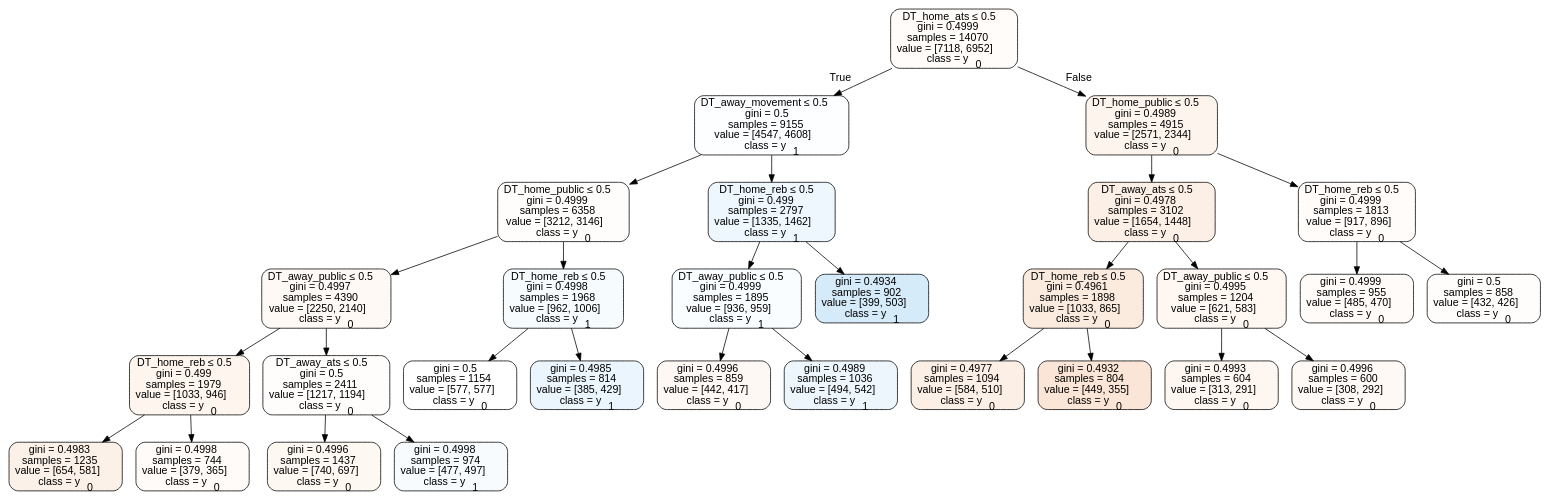
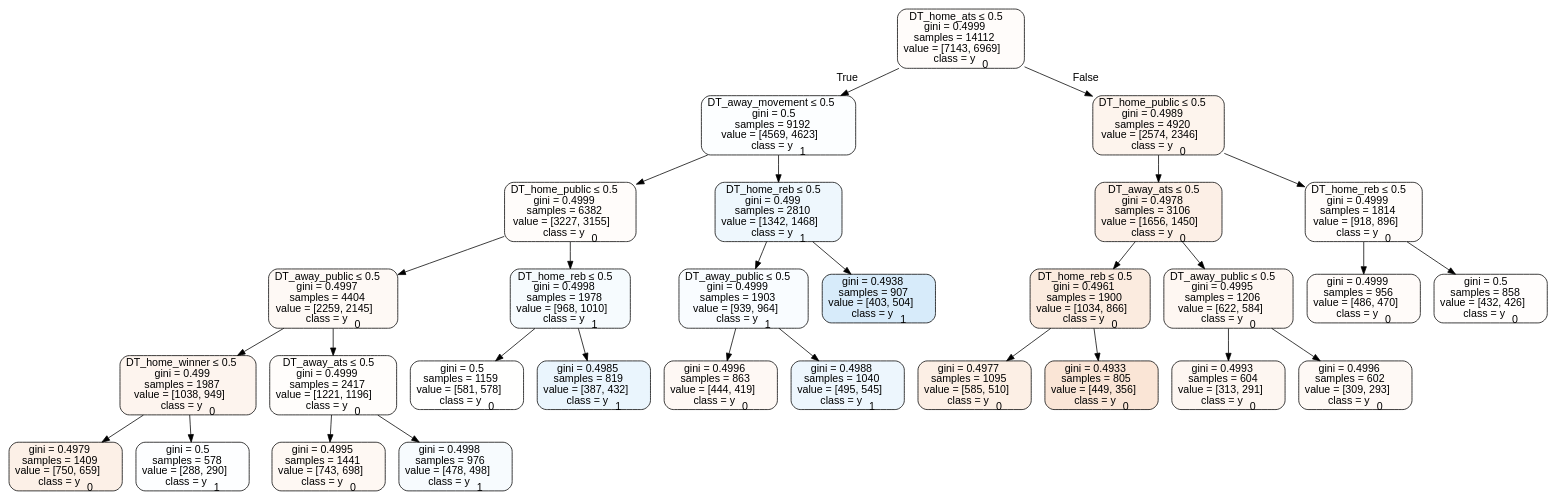
One commit to usbogie/ncaa-bets changed the diagram in tree_data/tree2014home.dot. Above: the diagram before and after it, drawn with Graphviz. The commit also changed 20 other files, not shown here.

```diff
--- a/tree_data/tree2014home.dot
+++ b/tree_data/tree2014home.dot
@@ -1,61 +1,61 @@
 digraph Tree {
 node [shape=box, style="filled, rounded", color="black", fontname=helvetica] ;
 edge [fontname=helvetica] ;
-0 [label=<DT_home_ats &le; 0.5<br/>gini = 0.4999<br/>samples = 14070<br/>value = [7118, 6952]<br/>class = y<SUB>0</SUB>>, fillcolor="#e5813906"] ;
-1 [label=<DT_away_movement &le; 0.5<br/>gini = 0.5<br/>samples = 9155<br/>value = [4547, 4608]<br/>class = y<SUB>1</SUB>>, fillcolor="#399de503"] ;
+0 [label=<DT_home_ats &le; 0.5<br/>gini = 0.4999<br/>samples = 14112<br/>value = [7143, 6969]<br/>class = y<SUB>0</SUB>>, fillcolor="#e5813906"] ;
+1 [label=<DT_away_movement &le; 0.5<br/>gini = 0.5<br/>samples = 9192<br/>value = [4569, 4623]<br/>class = y<SUB>1</SUB>>, fillcolor="#399de503"] ;
 0 -> 1 [labeldistance=2.5, labelangle=45, headlabel="True"] ;
-2 [label=<DT_home_public &le; 0.5<br/>gini = 0.4999<br/>samples = 6358<br/>value = [3212, 3146]<br/>class = y<SUB>0</SUB>>, fillcolor="#e5813905"] ;
+2 [label=<DT_home_public &le; 0.5<br/>gini = 0.4999<br/>samples = 6382<br/>value = [3227, 3155]<br/>class = y<SUB>0</SUB>>, fillcolor="#e5813906"] ;
 1 -> 2 ;
-3 [label=<DT_away_public &le; 0.5<br/>gini = 0.4997<br/>samples = 4390<br/>value = [2250, 2140]<br/>class = y<SUB>0</SUB>>, fillcolor="#e581390c"] ;
+3 [label=<DT_away_public &le; 0.5<br/>gini = 0.4997<br/>samples = 4404<br/>value = [2259, 2145]<br/>class = y<SUB>0</SUB>>, fillcolor="#e581390d"] ;
 2 -> 3 ;
-4 [label=<DT_home_reb &le; 0.5<br/>gini = 0.499<br/>samples = 1979<br/>value = [1033, 946]<br/>class = y<SUB>0</SUB>>, fillcolor="#e5813915"] ;
+4 [label=<DT_home_winner &le; 0.5<br/>gini = 0.499<br/>samples = 1987<br/>value = [1038, 949]<br/>class = y<SUB>0</SUB>>, fillcolor="#e5813916"] ;
 3 -> 4 ;
-5 [label=<gini = 0.4983<br/>samples = 1235<br/>value = [654, 581]<br/>class = y<SUB>0</SUB>>, fillcolor="#e581391c"] ;
+5 [label=<gini = 0.4979<br/>samples = 1409<br/>value = [750, 659]<br/>class = y<SUB>0</SUB>>, fillcolor="#e581391f"] ;
 4 -> 5 ;
-6 [label=<gini = 0.4998<br/>samples = 744<br/>value = [379, 365]<br/>class = y<SUB>0</SUB>>, fillcolor="#e5813909"] ;
+6 [label=<gini = 0.5<br/>samples = 578<br/>value = [288, 290]<br/>class = y<SUB>1</SUB>>, fillcolor="#399de502"] ;
 4 -> 6 ;
-7 [label=<DT_away_ats &le; 0.5<br/>gini = 0.5<br/>samples = 2411<br/>value = [1217, 1194]<br/>class = y<SUB>0</SUB>>, fillcolor="#e5813905"] ;
+7 [label=<DT_away_ats &le; 0.5<br/>gini = 0.4999<br/>samples = 2417<br/>value = [1221, 1196]<br/>class = y<SUB>0</SUB>>, fillcolor="#e5813905"] ;
 3 -> 7 ;
-8 [label=<gini = 0.4996<br/>samples = 1437<br/>value = [740, 697]<br/>class = y<SUB>0</SUB>>, fillcolor="#e581390f"] ;
+8 [label=<gini = 0.4995<br/>samples = 1441<br/>value = [743, 698]<br/>class = y<SUB>0</SUB>>, fillcolor="#e581390f"] ;
 7 -> 8 ;
-9 [label=<gini = 0.4998<br/>samples = 974<br/>value = [477, 497]<br/>class = y<SUB>1</SUB>>, fillcolor="#399de50a"] ;
+9 [label=<gini = 0.4998<br/>samples = 976<br/>value = [478, 498]<br/>class = y<SUB>1</SUB>>, fillcolor="#399de50a"] ;
 7 -> 9 ;
-10 [label=<DT_home_reb &le; 0.5<br/>gini = 0.4998<br/>samples = 1968<br/>value = [962, 1006]<br/>class = y<SUB>1</SUB>>, fillcolor="#399de50b"] ;
+10 [label=<DT_home_reb &le; 0.5<br/>gini = 0.4998<br/>samples = 1978<br/>value = [968, 1010]<br/>class = y<SUB>1</SUB>>, fillcolor="#399de50b"] ;
 2 -> 10 ;
-11 [label=<gini = 0.5<br/>samples = 1154<br/>value = [577, 577]<br/>class = y<SUB>0</SUB>>, fillcolor="#e5813900"] ;
+11 [label=<gini = 0.5<br/>samples = 1159<br/>value = [581, 578]<br/>class = y<SUB>0</SUB>>, fillcolor="#e5813901"] ;
 10 -> 11 ;
-12 [label=<gini = 0.4985<br/>samples = 814<br/>value = [385, 429]<br/>class = y<SUB>1</SUB>>, fillcolor="#399de51a"] ;
+12 [label=<gini = 0.4985<br/>samples = 819<br/>value = [387, 432]<br/>class = y<SUB>1</SUB>>, fillcolor="#399de51b"] ;
 10 -> 12 ;
-13 [label=<DT_home_reb &le; 0.5<br/>gini = 0.499<br/>samples = 2797<br/>value = [1335, 1462]<br/>class = y<SUB>1</SUB>>, fillcolor="#399de516"] ;
+13 [label=<DT_home_reb &le; 0.5<br/>gini = 0.499<br/>samples = 2810<br/>value = [1342, 1468]<br/>class = y<SUB>1</SUB>>, fillcolor="#399de516"] ;
 1 -> 13 ;
-14 [label=<DT_away_public &le; 0.5<br/>gini = 0.4999<br/>samples = 1895<br/>value = [936, 959]<br/>class = y<SUB>1</SUB>>, fillcolor="#399de506"] ;
+14 [label=<DT_away_public &le; 0.5<br/>gini = 0.4999<br/>samples = 1903<br/>value = [939, 964]<br/>class = y<SUB>1</SUB>>, fillcolor="#399de507"] ;
 13 -> 14 ;
-15 [label=<gini = 0.4996<br/>samples = 859<br/>value = [442, 417]<br/>class = y<SUB>0</SUB>>, fillcolor="#e581390e"] ;
+15 [label=<gini = 0.4996<br/>samples = 863<br/>value = [444, 419]<br/>class = y<SUB>0</SUB>>, fillcolor="#e581390e"] ;
 14 -> 15 ;
-16 [label=<gini = 0.4989<br/>samples = 1036<br/>value = [494, 542]<br/>class = y<SUB>1</SUB>>, fillcolor="#399de517"] ;
+16 [label=<gini = 0.4988<br/>samples = 1040<br/>value = [495, 545]<br/>class = y<SUB>1</SUB>>, fillcolor="#399de517"] ;
 14 -> 16 ;
-17 [label=<gini = 0.4934<br/>samples = 902<br/>value = [399, 503]<br/>class = y<SUB>1</SUB>>, fillcolor="#399de535"] ;
+17 [label=<gini = 0.4938<br/>samples = 907<br/>value = [403, 504]<br/>class = y<SUB>1</SUB>>, fillcolor="#399de533"] ;
 13 -> 17 ;
-18 [label=<DT_home_public &le; 0.5<br/>gini = 0.4989<br/>samples = 4915<br/>value = [2571, 2344]<br/>class = y<SUB>0</SUB>>, fillcolor="#e5813917"] ;
+18 [label=<DT_home_public &le; 0.5<br/>gini = 0.4989<br/>samples = 4920<br/>value = [2574, 2346]<br/>class = y<SUB>0</SUB>>, fillcolor="#e5813917"] ;
 0 -> 18 [labeldistance=2.5, labelangle=-45, headlabel="False"] ;
-19 [label=<DT_away_ats &le; 0.5<br/>gini = 0.4978<br/>samples = 3102<br/>value = [1654, 1448]<br/>class = y<SUB>0</SUB>>, fillcolor="#e5813920"] ;
+19 [label=<DT_away_ats &le; 0.5<br/>gini = 0.4978<br/>samples = 3106<br/>value = [1656, 1450]<br/>class = y<SUB>0</SUB>>, fillcolor="#e5813920"] ;
 18 -> 19 ;
-20 [label=<DT_home_reb &le; 0.5<br/>gini = 0.4961<br/>samples = 1898<br/>value = [1033, 865]<br/>class = y<SUB>0</SUB>>, fillcolor="#e5813929"] ;
+20 [label=<DT_home_reb &le; 0.5<br/>gini = 0.4961<br/>samples = 1900<br/>value = [1034, 866]<br/>class = y<SUB>0</SUB>>, fillcolor="#e5813929"] ;
 19 -> 20 ;
-21 [label=<gini = 0.4977<br/>samples = 1094<br/>value = [584, 510]<br/>class = y<SUB>0</SUB>>, fillcolor="#e5813920"] ;
+21 [label=<gini = 0.4977<br/>samples = 1095<br/>value = [585, 510]<br/>class = y<SUB>0</SUB>>, fillcolor="#e5813921"] ;
 20 -> 21 ;
-22 [label=<gini = 0.4932<br/>samples = 804<br/>value = [449, 355]<br/>class = y<SUB>0</SUB>>, fillcolor="#e5813935"] ;
+22 [label=<gini = 0.4933<br/>samples = 805<br/>value = [449, 356]<br/>class = y<SUB>0</SUB>>, fillcolor="#e5813935"] ;
 20 -> 22 ;
-23 [label=<DT_away_public &le; 0.5<br/>gini = 0.4995<br/>samples = 1204<br/>value = [621, 583]<br/>class = y<SUB>0</SUB>>, fillcolor="#e5813910"] ;
+23 [label=<DT_away_public &le; 0.5<br/>gini = 0.4995<br/>samples = 1206<br/>value = [622, 584]<br/>class = y<SUB>0</SUB>>, fillcolor="#e5813910"] ;
 19 -> 23 ;
 24 [label=<gini = 0.4993<br/>samples = 604<br/>value = [313, 291]<br/>class = y<SUB>0</SUB>>, fillcolor="#e5813912"] ;
 23 -> 24 ;
-25 [label=<gini = 0.4996<br/>samples = 600<br/>value = [308, 292]<br/>class = y<SUB>0</SUB>>, fillcolor="#e581390d"] ;
+25 [label=<gini = 0.4996<br/>samples = 602<br/>value = [309, 293]<br/>class = y<SUB>0</SUB>>, fillcolor="#e581390d"] ;
 23 -> 25 ;
-26 [label=<DT_home_reb &le; 0.5<br/>gini = 0.4999<br/>samples = 1813<br/>value = [917, 896]<br/>class = y<SUB>0</SUB>>, fillcolor="#e5813906"] ;
+26 [label=<DT_home_reb &le; 0.5<br/>gini = 0.4999<br/>samples = 1814<br/>value = [918, 896]<br/>class = y<SUB>0</SUB>>, fillcolor="#e5813906"] ;
 18 -> 26 ;
-27 [label=<gini = 0.4999<br/>samples = 955<br/>value = [485, 470]<br/>class = y<SUB>0</SUB>>, fillcolor="#e5813908"] ;
+27 [label=<gini = 0.4999<br/>samples = 956<br/>value = [486, 470]<br/>class = y<SUB>0</SUB>>, fillcolor="#e5813908"] ;
 26 -> 27 ;
 28 [label=<gini = 0.5<br/>samples = 858<br/>value = [432, 426]<br/>class = y<SUB>0</SUB>>, fillcolor="#e5813904"] ;
 26 -> 28 ;
 }
```
